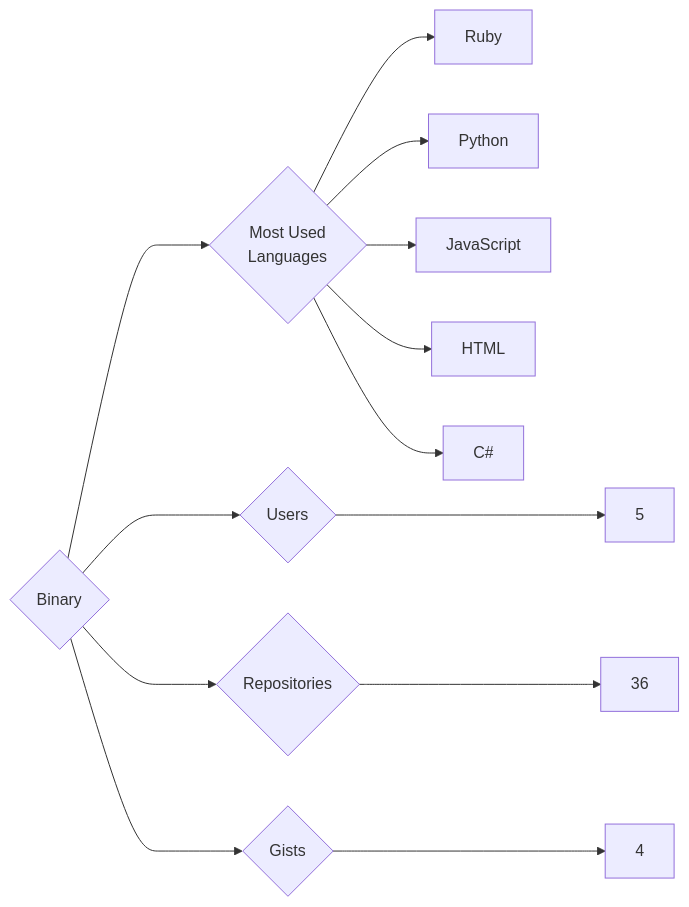
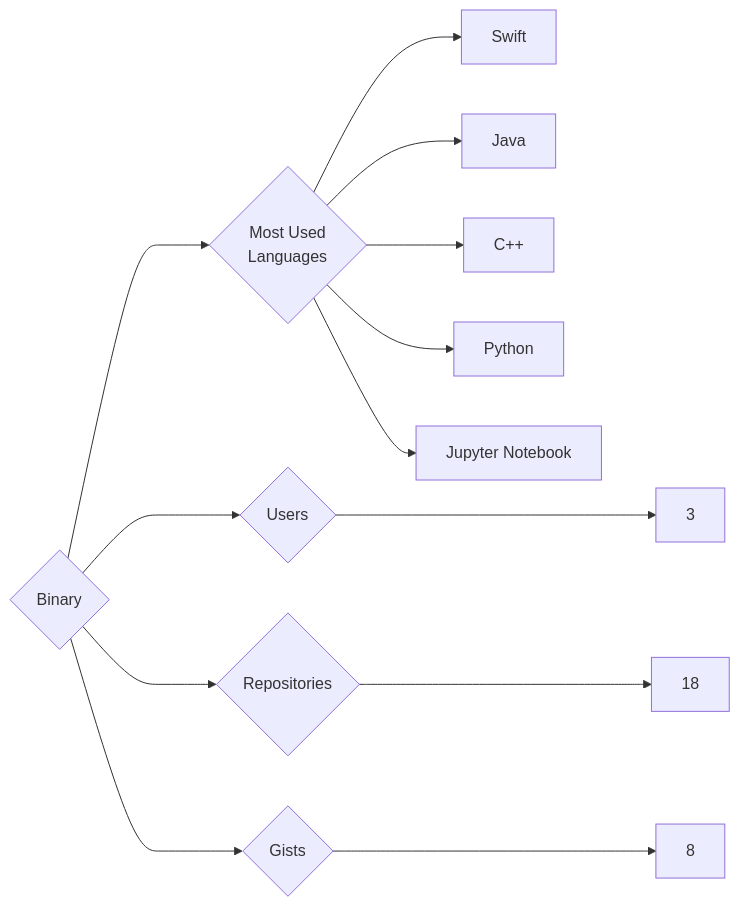
Before and after one commit to trickest/insiders: the diagram in targets/Binary/README.md, drawn with Mermaid. The commit also changed 998 other files, not shown here.

````diff
--- a/targets/Binary/README.md
+++ b/targets/Binary/README.md
@@ -3,13 +3,13 @@
 ```mermaid
 graph LR
 COMPANY_NAME{Binary}
-COMPANY_NAME ---> U{Users} ---> UN[5]
-COMPANY_NAME ---> R{Repositories} ---> RN[36]
-COMPANY_NAME ---> G{Gists} ---> GN[4]
+COMPANY_NAME ---> U{Users} ---> UN[3]
+COMPANY_NAME ---> R{Repositories} ---> RN[18]
+COMPANY_NAME ---> G{Gists} ---> GN[8]
 COMPANY_NAME ---> ML{Most Used<br>Languages}
-ML --> Ruby[Ruby]
+ML --> Swift[Swift]
+ML --> Java[Java]
+ML --> C++[C++]
 ML --> Python[Python]
-ML --> JavaScript[JavaScript]
-ML --> HTML[HTML]
-ML --> C#[C#]
+ML --> Jupyter_Notebook[Jupyter Notebook]
 ```
````
